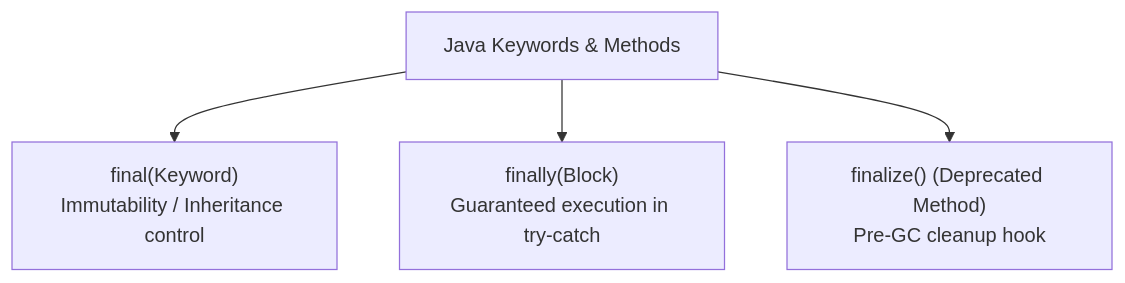
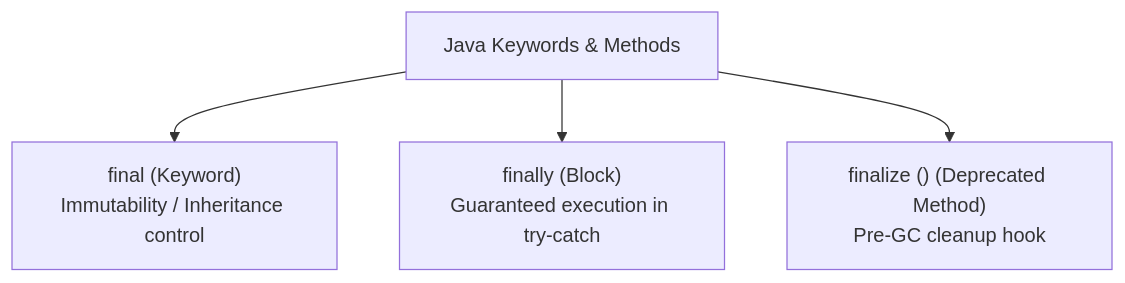
The diagram in content/questions/language/java/java-final-finally-finalize.md (pploc/swe-icon-the-moment), drawn with Mermaid before and after one commit. The commit also changed 95 other files, not shown here.

Commit message:
fix: update the practice mode diagram bug not display

````diff
--- a/content/questions/language/java/java-final-finally-finalize.md
+++ b/content/questions/language/java/java-final-finally-finalize.md
@@ -22,10 +22,11 @@
 ```mermaid
 flowchart TD
     Concept["Java Keywords & Methods"]
-    Concept --> Final["final(Keyword)\nImmutability / Inheritance control"]
-    Concept --> Finally["finally(Block)\nGuaranteed execution in try-catch"]
-    Concept --> Finalize["finalize() (Deprecated Method)\nPre-GC cleanup hook"]
+    Concept --> Final["final (Keyword)\nImmutability / Inheritance control"]
+    Concept --> Finally["finally (Block)\nGuaranteed execution in try-catch"]
+    Concept --> Finalize["finalize () (Deprecated Method)\nPre-GC cleanup hook"]
+
 
 
 
 ```
````
